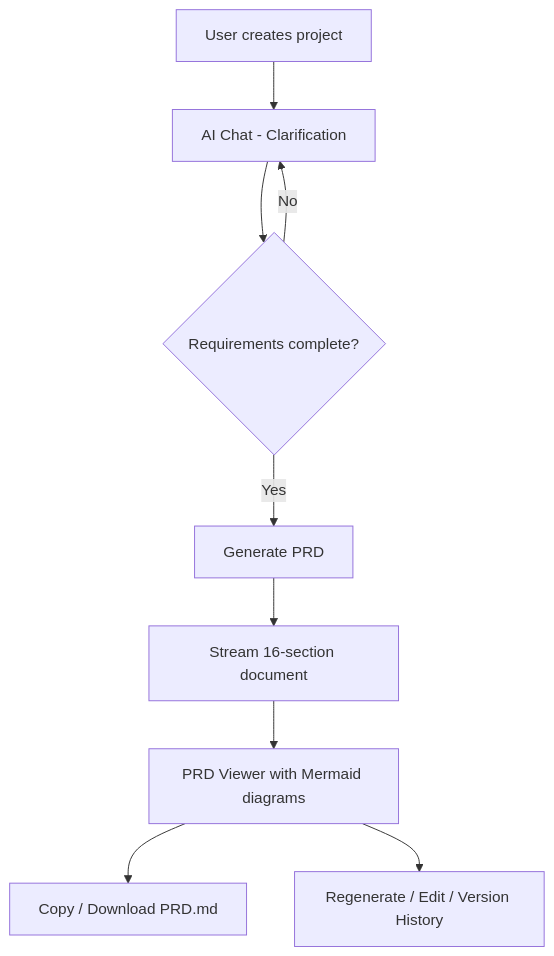
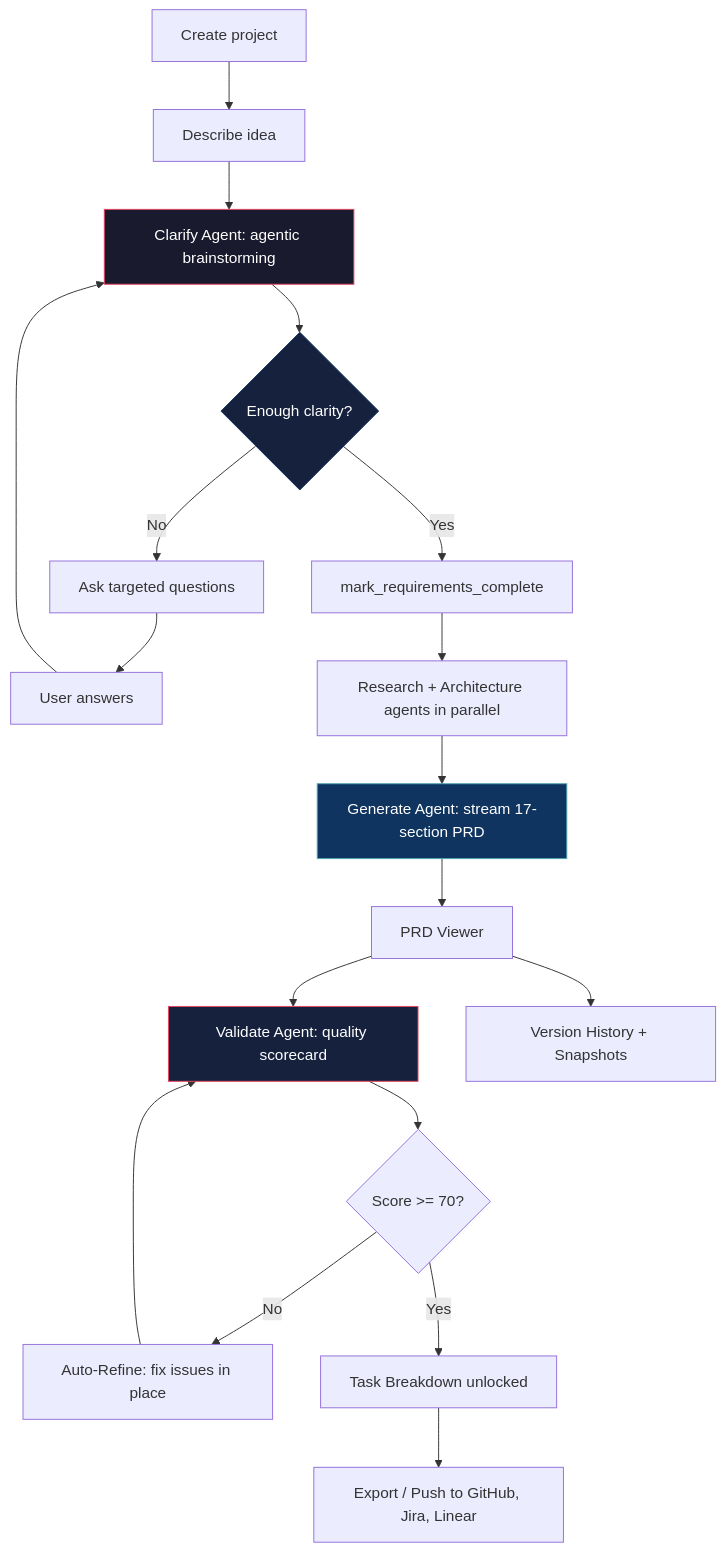
The second of 3 diagrams in README.md (mrizkihidayat66/ai-prd), drawn with Mermaid before and after one commit. The commit also changed other lines of this file and 131 other files, not shown here.

````diff
--- a/README.md
+++ b/README.md
@@ -87,11 +103,25 @@
 ```mermaid
 flowchart TD
-    A[User creates project] --> B[AI Chat - Clarification]
-    B --> C{Requirements complete?}
-    C -->|No| B
-    C -->|Yes| D[Generate PRD]
-    D --> E[Stream 16-section document]
-    E --> F[PRD Viewer with Mermaid diagrams]
-    F --> G[Copy / Download PRD.md]
-    F --> H[Regenerate / Edit / Version History]
+    A[Create project] --> B[Describe idea]
+    B --> C[Clarify Agent: agentic brainstorming]
+    C --> D{Enough clarity?}
+    D -->|No| E[Ask targeted questions]
+    E --> F[User answers]
+    F --> C
+    D -->|Yes| G[mark_requirements_complete]
+    G --> H[Research + Architecture agents in parallel]
+    H --> I[Generate Agent: stream 17-section PRD]
+    I --> J[PRD Viewer]
+    J --> K[Validate Agent: quality scorecard]
+    K --> L{Score >= 70?}
+    L -->|No| M[Auto-Refine: fix issues in place]
+    M --> K
+    L -->|Yes| N[Task Breakdown unlocked]
+    N --> O[Export / Push to GitHub, Jira, Linear]
+    J --> P[Version History + Snapshots]
+
+    style C fill:#1a1a2e,stroke:#e94560,color:#fff
+    style D fill:#16213e,stroke:#0f3460,color:#fff
+    style I fill:#0f3460,stroke:#53a8b6,color:#fff
+    style K fill:#16213e,stroke:#e94560,color:#fff
 ```
````
